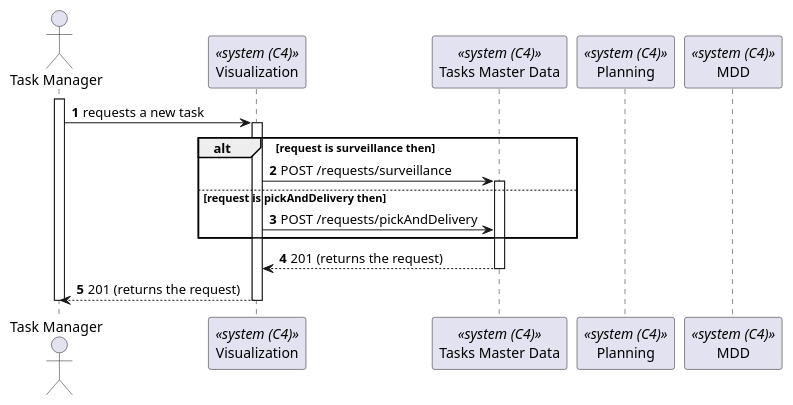
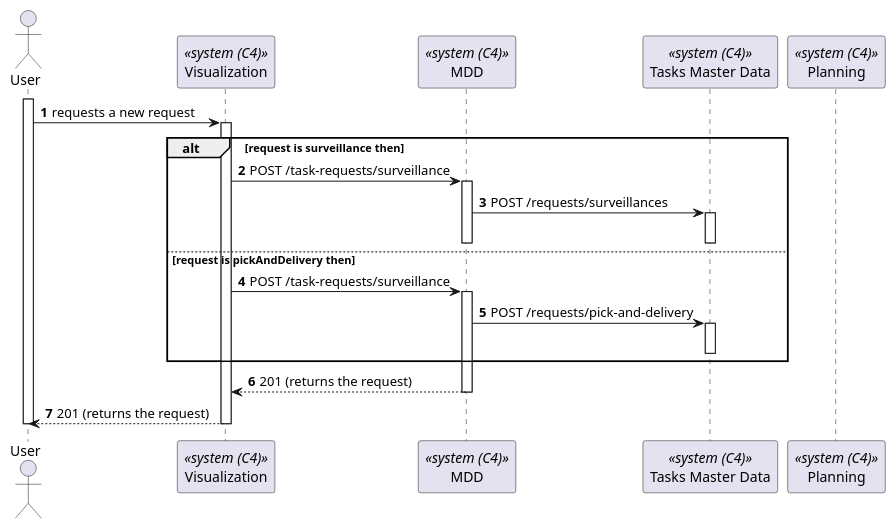
One commit to miseEnPlace-dev/lapr5 changed the diagram in _wiki/sprint-c/us-460/views/level-2/process-view.puml. Above: the diagram before and after it, drawn with PlantUML. The commit also changed 2 other files, not shown here.

Commit message:
docs: updated level-3 diagrams

```diff
--- a/_wiki/sprint-c/us-460/views/level-2/process-view.puml
+++ b/_wiki/sprint-c/us-460/views/level-2/process-view.puml
@@ -1,33 +1,44 @@
 @startuml process-view
 autonumber
-actor TM as "Task Manager"
+actor TM as "User"
 participant UI as "Visualization" <<system (C4)>>
+participant MDD as "MDD" <<system (C4)>>
 participant TMD as "Tasks Master Data" <<system (C4)>>
 participant P as "Planning" <<system (C4)>>
-participant MDD as "MDD" <<system (C4)>>
 
 activate TM
 
-TM -> UI : requests a new task
+TM -> UI : requests a new request
 activate UI
+
 
 alt request is surveillance then
 
-  UI -> TMD : POST /requests/surveillance
+  UI -> MDD : POST /task-requests/surveillance
+  activate MDD
+
+  MDD -> TMD : POST /requests/surveillances
   activate TMD
+  deactivate MDD
+  deactivate TMD
 
 else request is pickAndDelivery then
 
-  UI -> TMD : POST /requests/pickAndDelivery
+  UI -> MDD : POST /task-requests/surveillance
+  activate MDD
+
+  MDD -> TMD : POST /requests/pick-and-delivery
+  activate TMD
+  deactivate TMD
 end
 
 
-TMD --> UI : 201 (returns the request)
-deactivate TMD
+MDD --> UI : 201 (returns the request)
+deactivate MDD
 
 TM <-- UI : 201 (returns the request)
 deactivate UI
 
 deactivate TM
 
 @enduml
```
